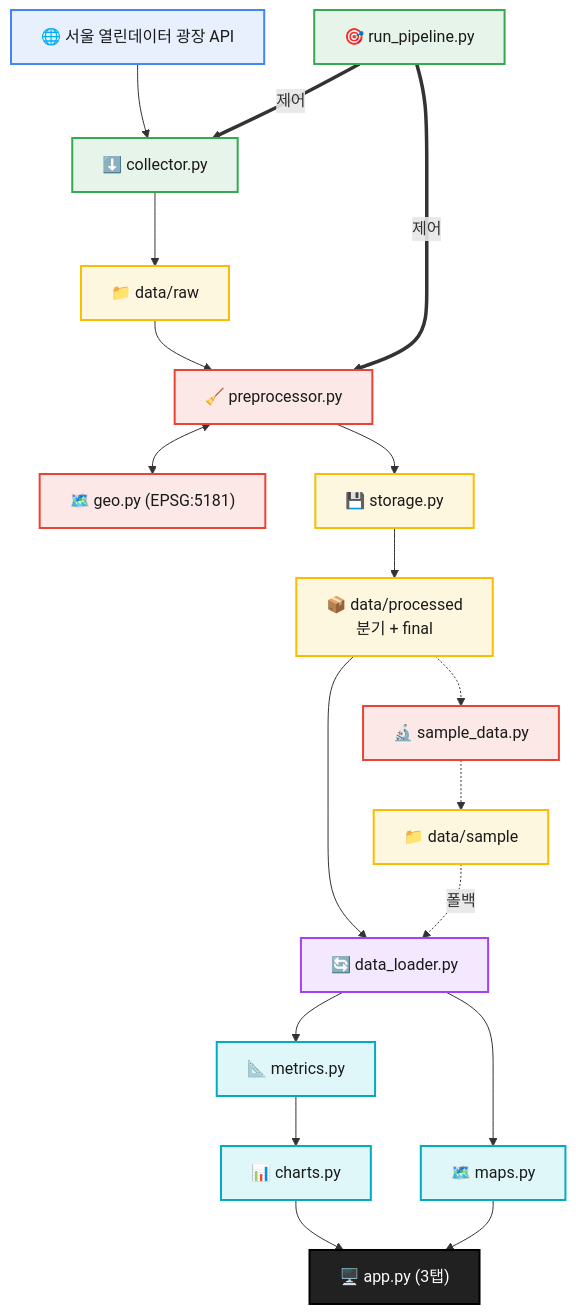
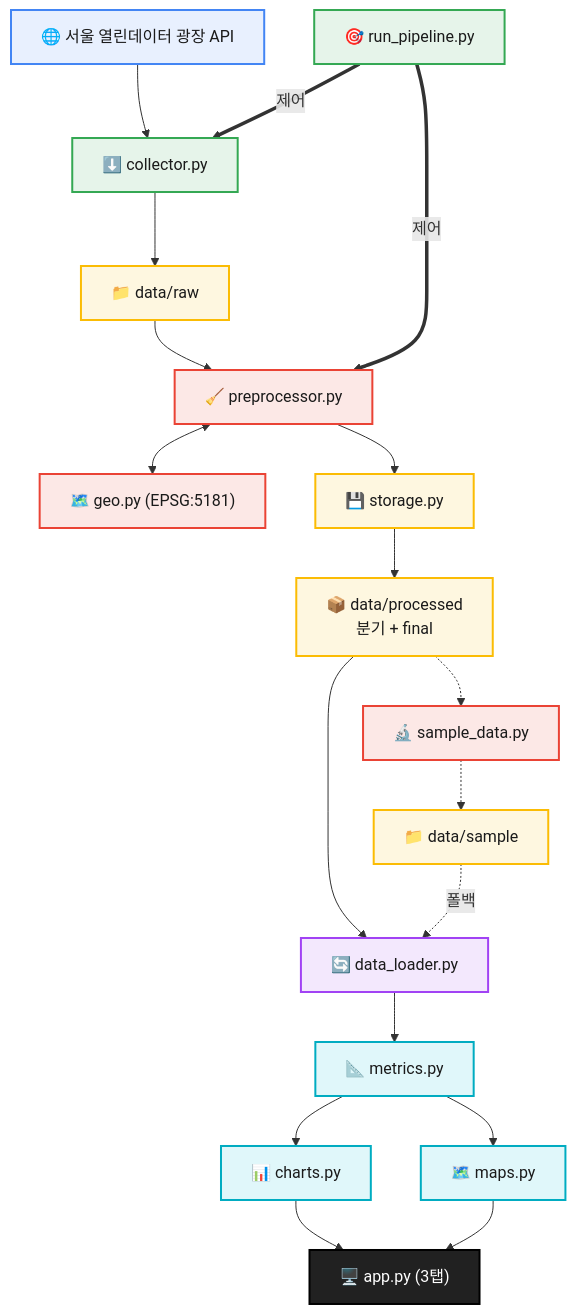
Before and after one commit to JamesRhee1/seoul-local-market-remake: the diagram in docs/project_notes.md, drawn with Mermaid. The commit also changed other lines of this file and 5 other files, not shown here.

````diff
--- a/docs/project_notes.md
+++ b/docs/project_notes.md
@@ -193,38 +199,41 @@
 ```mermaid
 flowchart TD
     API["🌐 서울 열린데이터 광장 API"]:::source
     ORCH["🎯 run_pipeline.py"]:::collect
     COL["⬇️ collector.py"]:::collect
     RAW["📁 data/raw"]:::store
     PRE["🧹 preprocessor.py"]:::process
     GEO["🗺️ geo.py (EPSG:5181)"]:::process
     STIO["💾 storage.py"]:::store
     PROC["📦 data/processed<br/>분기 + final"]:::store
     SMP["🔬 sample_data.py"]:::process
     SAMPDIR["📁 data/sample"]:::store
     LOAD["🔄 data_loader.py"]:::load
     MET["📐 metrics.py"]:::analyze
     CHART["📊 charts.py"]:::analyze
     MAPS["🗺️ maps.py"]:::analyze
     APP["🖥️ app.py (3탭)"]:::dashboard
 
     API --> COL
     ORCH ==>|제어| COL
     COL --> RAW --> PRE
     PRE <--> GEO
     PRE --> STIO --> PROC
     ORCH ==>|제어| PRE
     PROC -.-> SMP -.-> SAMPDIR
     PROC --> LOAD
     SAMPDIR -.->|폴백| LOAD
-    LOAD --> MET --> CHART --> APP
-    LOAD --> MAPS --> APP
+    LOAD --> MET
+    MET --> CHART
+    MET --> MAPS
+    CHART --> APP
+    MAPS --> APP
 
     classDef source fill:#E8F0FE,stroke:#4285F4,stroke-width:2px,color:#1a1a1a;
     classDef collect fill:#E6F4EA,stroke:#34A853,stroke-width:2px,color:#1a1a1a;
     classDef store fill:#FEF7E0,stroke:#FBBC04,stroke-width:2px,color:#1a1a1a;
     classDef process fill:#FCE8E6,stroke:#EA4335,stroke-width:2px,color:#1a1a1a;
     classDef load fill:#F3E8FD,stroke:#A142F4,stroke-width:2px,color:#1a1a1a;
     classDef analyze fill:#E0F7FA,stroke:#00ACC1,stroke-width:2px,color:#1a1a1a;
     classDef dashboard fill:#212121,stroke:#000000,stroke-width:2px,color:#ffffff;
 ```
````
